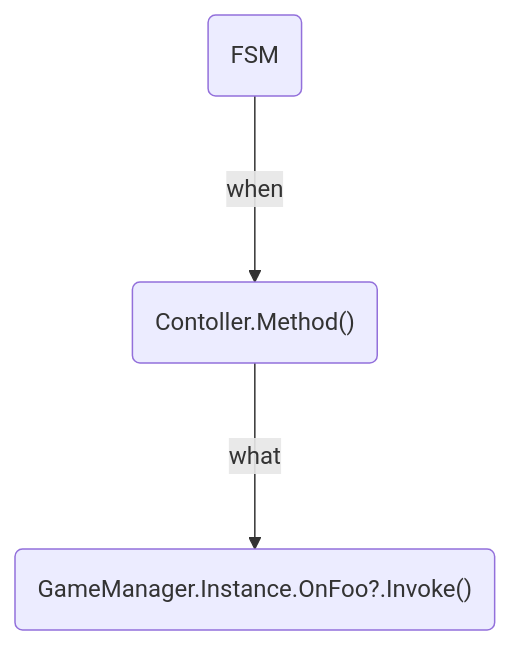
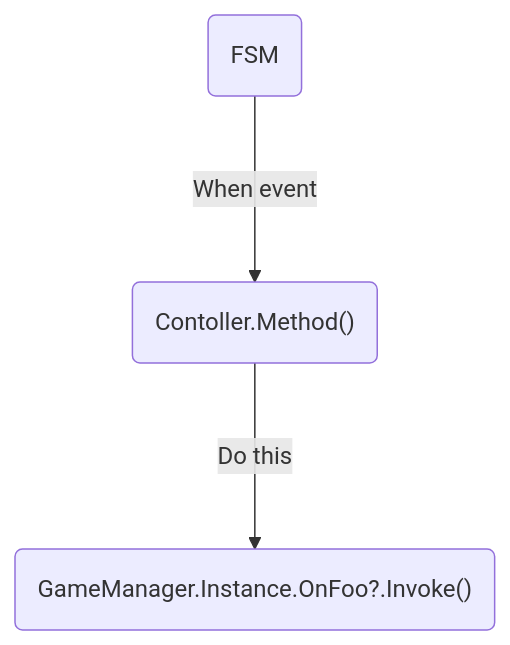
Before and after one commit to gsg-jay/snippets: the diagram in README.md, drawn with Mermaid.

````diff
--- a/README.md
+++ b/README.md
@@ -6,4 +6,4 @@
 ```mermaid
 graph TD;
-f("FSM")--->|when|c("Contoller.Method()")--->|what|gm("GameManager.Instance.OnFoo?.Invoke()")
+f("FSM")--->|When event|c("Contoller.Method()")--->|Do this|gm("GameManager.Instance.OnFoo?.Invoke()")
 ```
````
